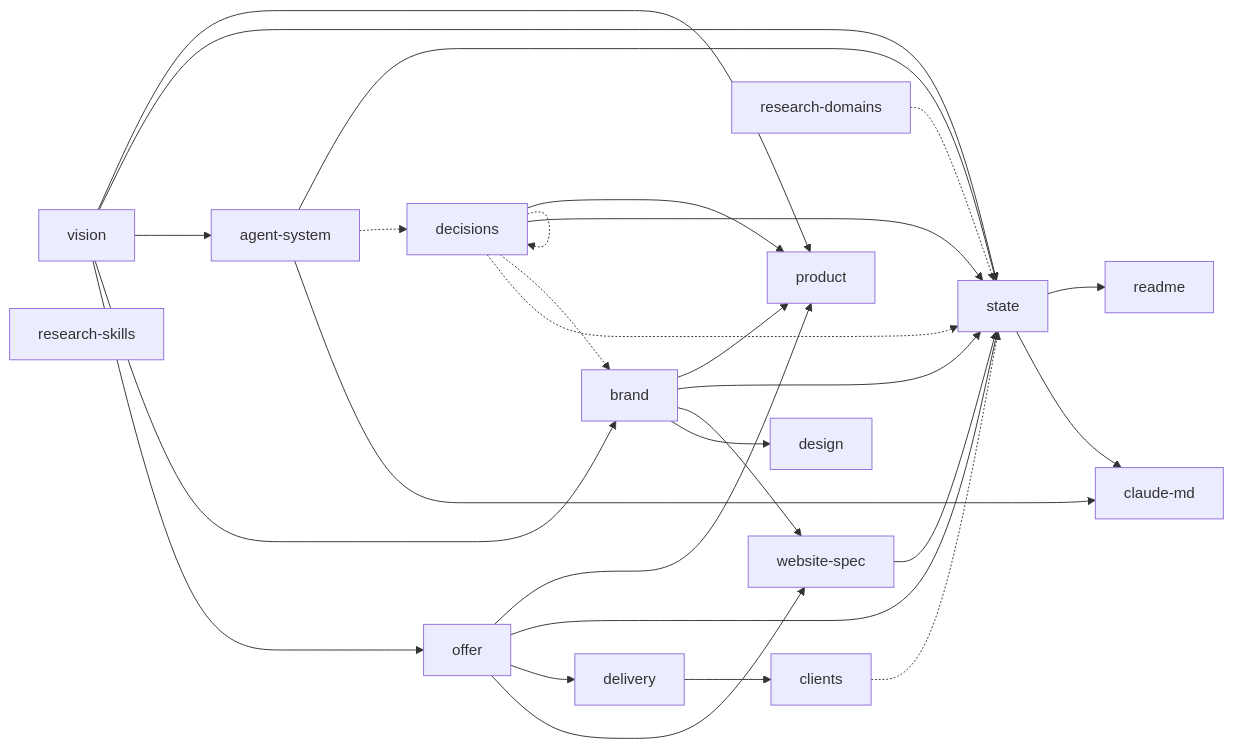
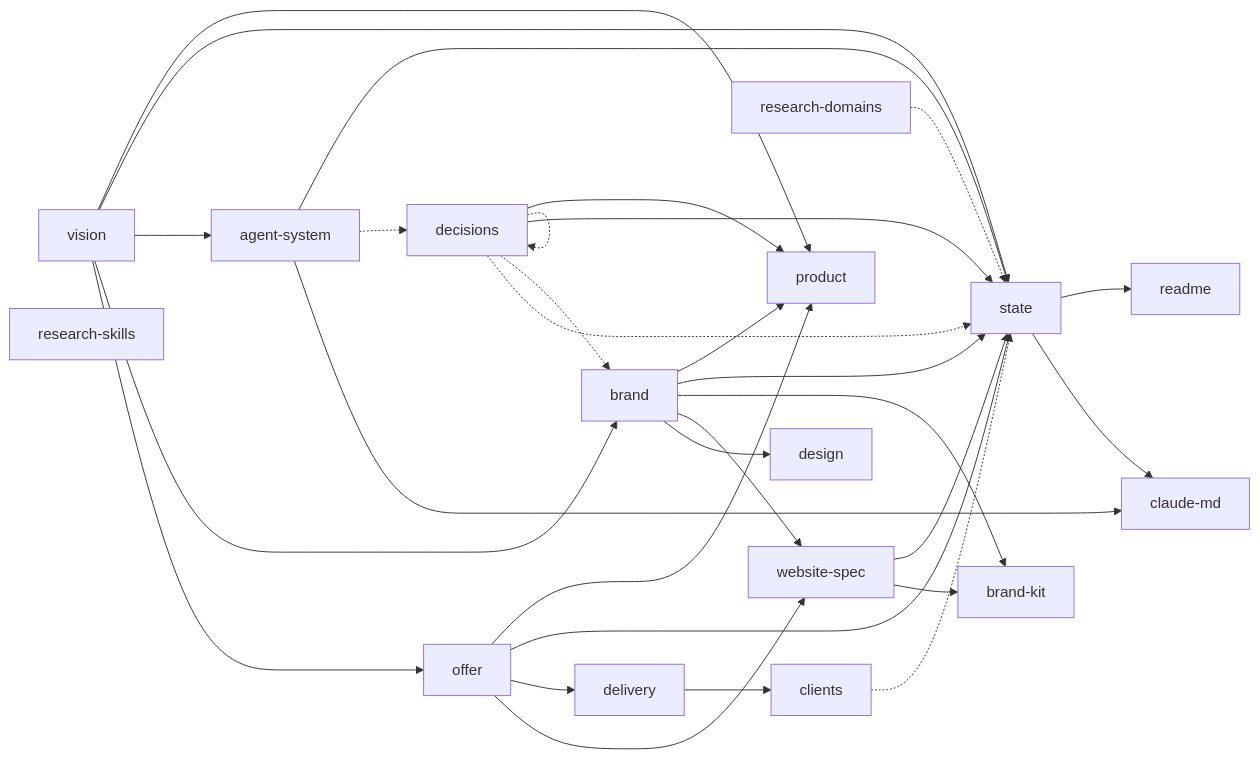
Before and after one commit to mann0122/nexbridge-it: the diagram in docs/INDEX.md, drawn with Mermaid. The commit also changed other lines of this file and 3 other files, not shown here.

First line of the commit message:
docs: portable brand kit — the whole design system in one file (D-048)

````diff
--- a/docs/INDEX.md
+++ b/docs/INDEX.md
@@ -17,46 +17,49 @@
 ```mermaid
 graph LR
   vision["vision"]
   offer["offer"]
   brand["brand"]
   website_spec["website-spec"]
   delivery["delivery"]
   decisions["decisions"]
   agent_system["agent-system"]
+  brand_kit["brand-kit"]
   clients["clients"]
   research_skills["research-skills"]
   research_domains["research-domains"]
   state["state"]
   claude_md["claude-md"]
   design["design"]
   product["product"]
   readme["readme"]
 
   state --> claude_md
   agent_system --> claude_md
   brand --> design
   vision --> offer
   vision --> brand
   offer --> website_spec
   brand --> website_spec
   offer --> delivery
   decisions -.-> state
   decisions -.-> brand
   decisions -.-> decisions
   vision --> agent_system
   agent_system -.-> decisions
+  brand --> brand_kit
+  website_spec --> brand_kit
   delivery --> clients
   clients -.-> state
   research_domains -.-> state
   vision --> state
   offer --> state
   brand --> state
   website_spec --> state
   decisions --> state
   agent_system --> state
   vision --> product
   offer --> product
   brand --> product
   decisions --> product
   state --> readme
 ```
````
